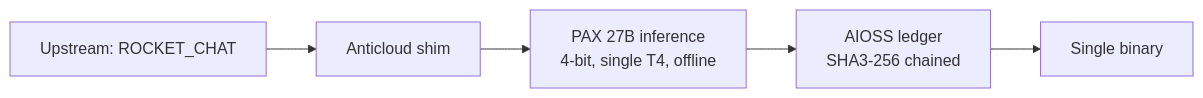
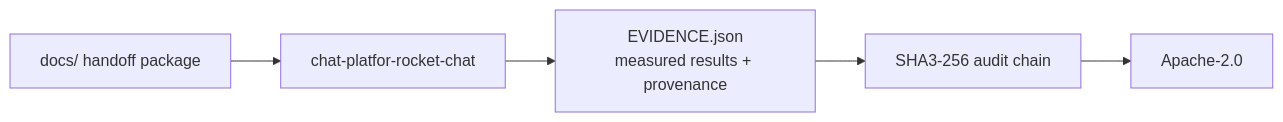
The diagram in README.md (the-anticloud/chat-platfor-rocket-chat), drawn with Mermaid before and after one commit. The commit also changed other lines of this file and 8 other files, not shown here.

````diff
--- a/README.md
+++ b/README.md
@@ -11,7 +22,7 @@
 ```mermaid
 graph LR
-    U[Upstream: ROCKET_CHAT] --> S[Anticloud shim]
-    S --> P[PAX 27B inference<br/>4-bit, single T4, offline]
-    P --> A[AIOSS ledger<br/>SHA3-256 chained]
-    A --> B[Single binary]
+    D[docs/ handoff package] --> R[chat-platfor-rocket-chat]
+    R --> E[EVIDENCE.json\nmeasured results + provenance]
+    E --> A[SHA3-256 audit chain]
+    A --> L[Apache-2.0]
 ```
````
